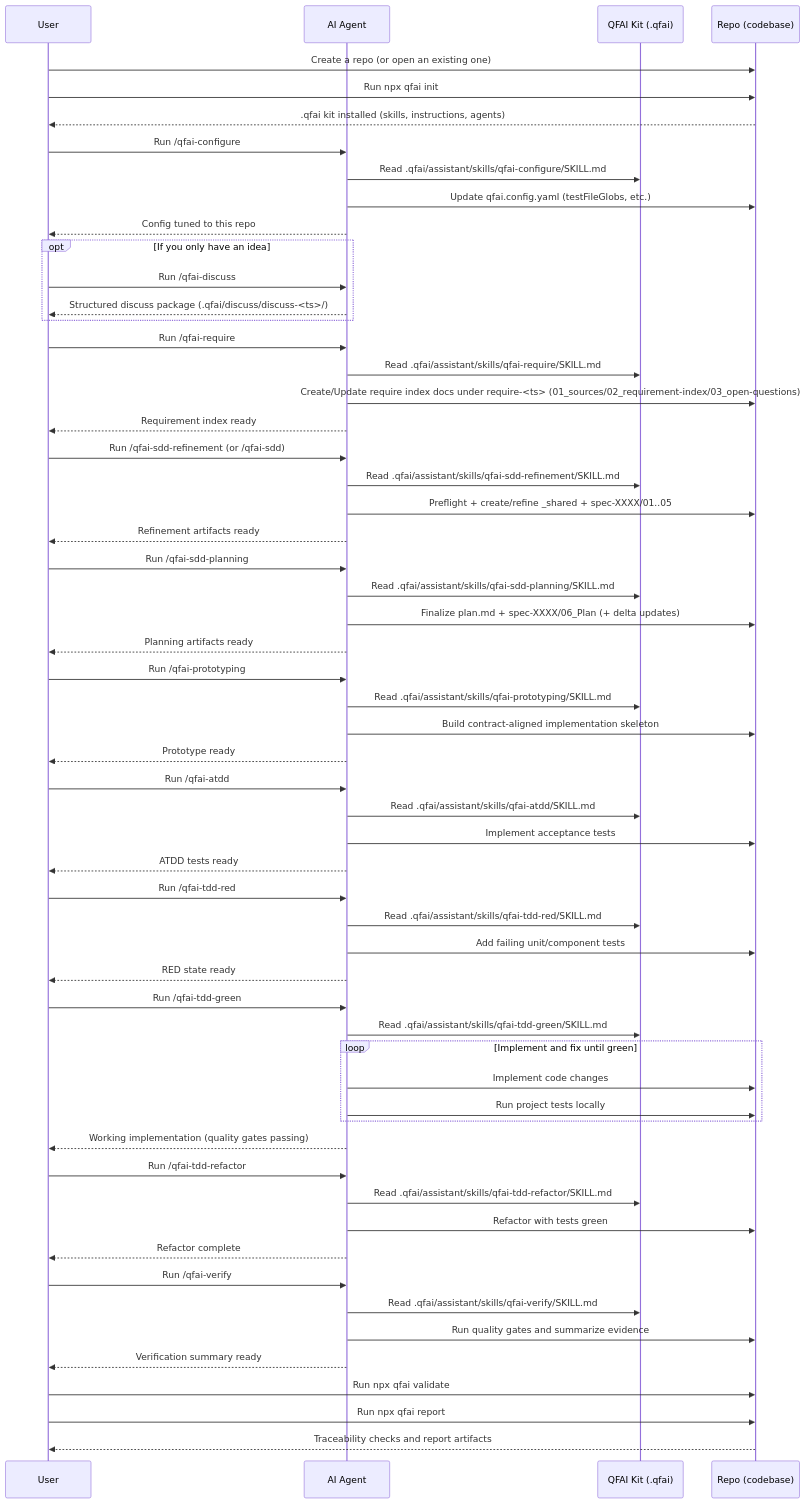
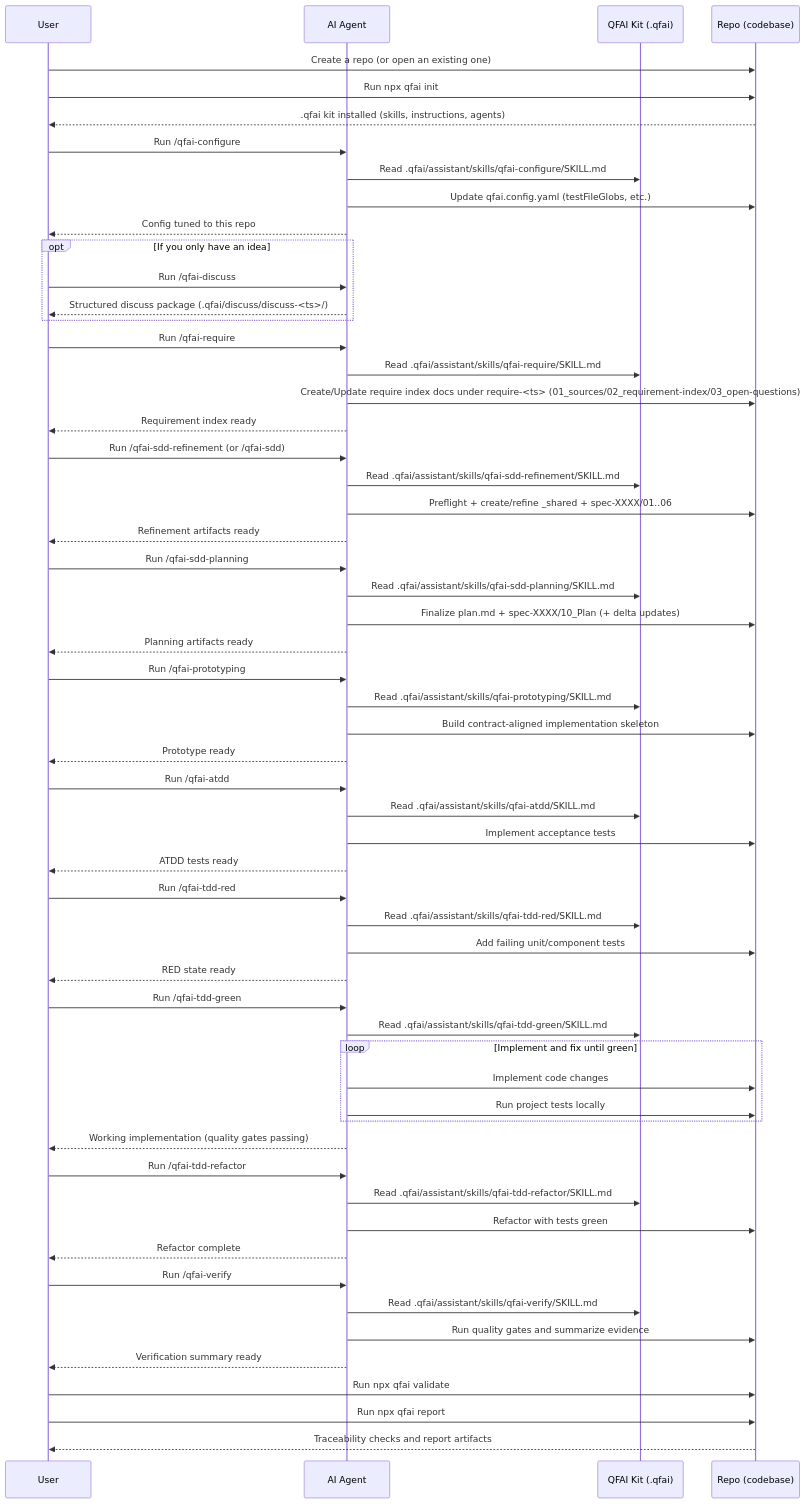
The first of 2 diagrams in README.md (aganesy/QFAI), drawn with Mermaid before and after one commit. The commit also changed other lines of this file and 4 other files, not shown here.

````diff
--- a/README.md
+++ b/README.md
@@ -74,73 +74,73 @@
 ```mermaid
 sequenceDiagram
 participant U as User
 participant AG as AI Agent
 participant Q as QFAI Kit (.qfai)
 participant R as Repo (codebase)
 
 U->>R: Create a repo (or open an existing one)
 U->>R: Run npx qfai init
 R-->>U: .qfai kit installed (skills, instructions, agents)
 
 U->>AG: Run /qfai-configure
 AG->>Q: Read .qfai/assistant/skills/qfai-configure/SKILL.md
 AG->>R: Update qfai.config.yaml (testFileGlobs, etc.)
 AG-->>U: Config tuned to this repo
 
 opt If you only have an idea
 U->>AG: Run /qfai-discuss
 AG-->>U: Structured discuss package (.qfai/discuss/discuss-<ts>/)
 end
 
 U->>AG: Run /qfai-require
 AG->>Q: Read .qfai/assistant/skills/qfai-require/SKILL.md
 AG->>R: Create/Update require index docs under require-<ts> (01_sources/02_requirement-index/03_open-questions)
 AG-->>U: Requirement index ready
 
 U->>AG: Run /qfai-sdd-refinement (or /qfai-sdd)
 AG->>Q: Read .qfai/assistant/skills/qfai-sdd-refinement/SKILL.md
-AG->>R: Preflight + create/refine _shared + spec-XXXX/01..05
+AG->>R: Preflight + create/refine _shared + spec-XXXX/01..06
 AG-->>U: Refinement artifacts ready
 
 U->>AG: Run /qfai-sdd-planning
 AG->>Q: Read .qfai/assistant/skills/qfai-sdd-planning/SKILL.md
-AG->>R: Finalize plan.md + spec-XXXX/06_Plan (+ delta updates)
+AG->>R: Finalize plan.md + spec-XXXX/10_Plan (+ delta updates)
 AG-->>U: Planning artifacts ready
 
 U->>AG: Run /qfai-prototyping
 AG->>Q: Read .qfai/assistant/skills/qfai-prototyping/SKILL.md
 AG->>R: Build contract-aligned implementation skeleton
 AG-->>U: Prototype ready
 
 U->>AG: Run /qfai-atdd
 AG->>Q: Read .qfai/assistant/skills/qfai-atdd/SKILL.md
 AG->>R: Implement acceptance tests
 AG-->>U: ATDD tests ready
 
 U->>AG: Run /qfai-tdd-red
 AG->>Q: Read .qfai/assistant/skills/qfai-tdd-red/SKILL.md
 AG->>R: Add failing unit/component tests
 AG-->>U: RED state ready
 
 U->>AG: Run /qfai-tdd-green
 AG->>Q: Read .qfai/assistant/skills/qfai-tdd-green/SKILL.md
 loop Implement and fix until green
 AG->>R: Implement code changes
 AG->>R: Run project tests locally
 end
 AG-->>U: Working implementation (quality gates passing)
 
 U->>AG: Run /qfai-tdd-refactor
 AG->>Q: Read .qfai/assistant/skills/qfai-tdd-refactor/SKILL.md
 AG->>R: Refactor with tests green
 AG-->>U: Refactor complete
 
 U->>AG: Run /qfai-verify
 AG->>Q: Read .qfai/assistant/skills/qfai-verify/SKILL.md
 AG->>R: Run quality gates and summarize evidence
 AG-->>U: Verification summary ready
 
 U->>R: Run npx qfai validate
 U->>R: Run npx qfai report
 R-->>U: Traceability checks and report artifacts
 ```
````
